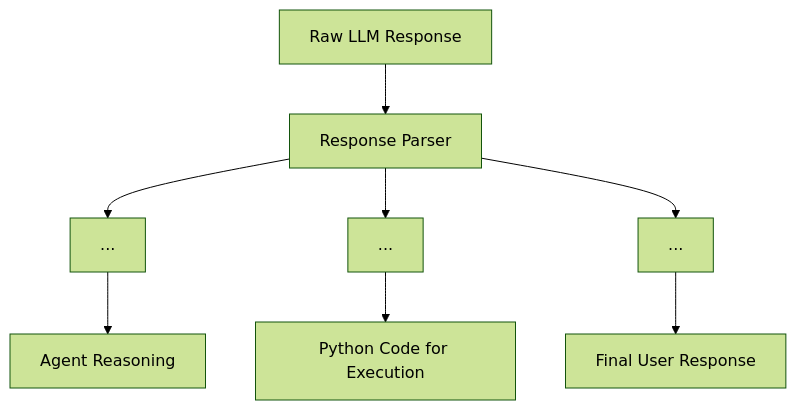
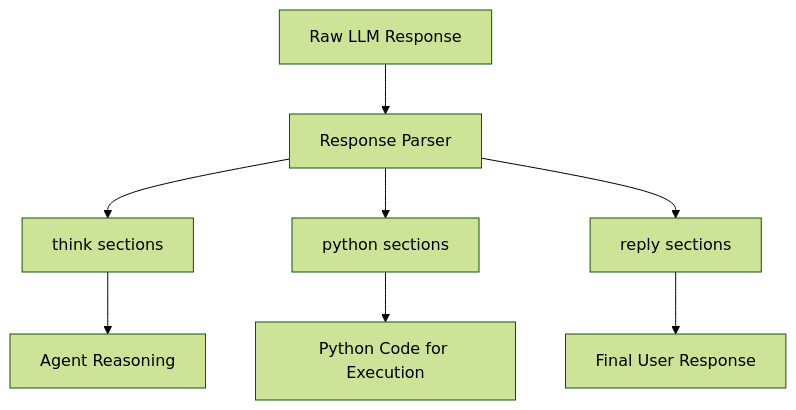
Before and after one commit to buerbaumer/mem-agent-mcp_LLM: the eighth of 18 diagrams in readme_dataflow.md, drawn with Mermaid (forest theme). The commit also changed other lines of this file, not shown here.

First line of the commit message:
Refactor mermaid diagrams in readme_dataflow.md

````diff
--- a/readme_dataflow.md
+++ b/readme_dataflow.md
@@ -193,12 +184,12 @@
 ```mermaid
 graph TD
     RawResponse[Raw LLM Response] --> Parser[Response Parser]
     
-    Parser --> Think["<think>...</think>"]
-    Parser --> Python["<python>...</python>"]
-    Parser --> Reply["<reply>...</reply>"]
+    Parser --> Think[think sections]
+    Parser --> Python[python sections]
+    Parser --> Reply[reply sections]
     
     Think --> ReasoningExtracted[Agent Reasoning]
     Python --> CodeExtracted[Python Code for Execution]
     Reply --> FinalResponse[Final User Response]
 ```
````
